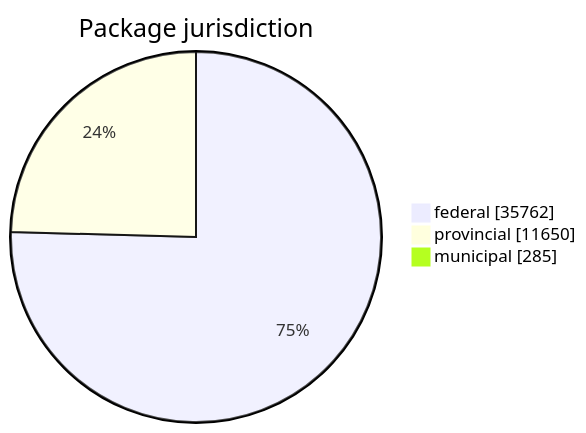
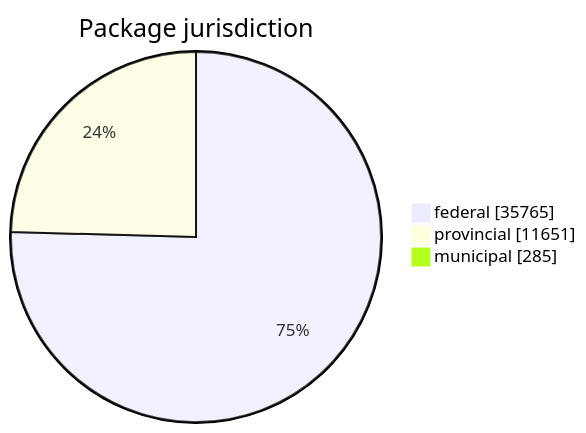
Before and after one commit to open-data/analytics-corporate-reporting: the first of 5 diagrams in FreshCheck/README.md, drawn with Mermaid. The commit also changed other lines of this file and 3 other files, not shown here.

````diff
--- a/FreshCheck/README.md
+++ b/FreshCheck/README.md
@@ -60,6 +60,6 @@
 ```mermaid
 pie showData title Package jurisdiction
-    "federal": 35762
-    "provincial": 11650
+    "federal": 35765
+    "provincial": 11651
     "municipal": 285
 ```
````
